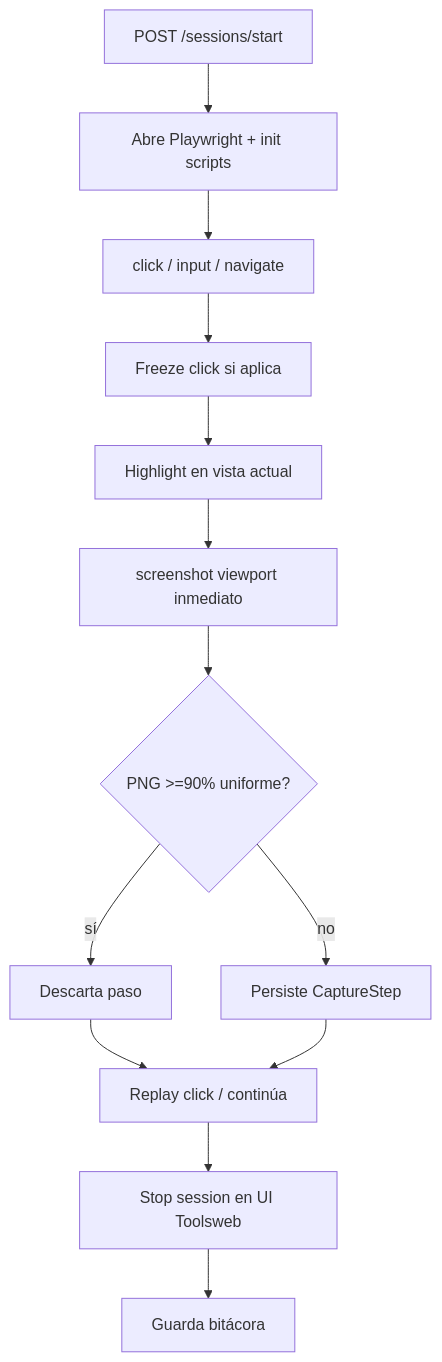
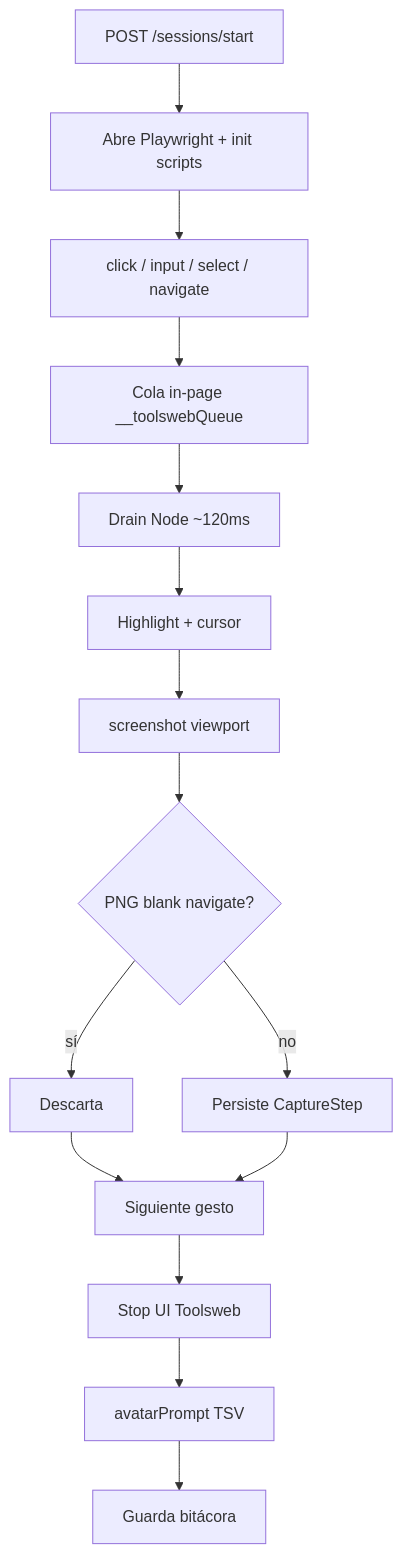
One commit to lgallardoc/ToolsWeb changed the first of 2 diagrams in ARCHITECTURE.md. Above: the diagram before and after it, drawn with Mermaid. The commit also changed other lines of this file and 21 other files, not shown here.

First line of the commit message:
Add Synthesia script flow, video prompt, and project docs sync.

````diff
--- a/ARCHITECTURE.md
+++ b/ARCHITECTURE.md
@@ -45,15 +53,17 @@
 ```mermaid
 flowchart TD
   start[POST /sessions/start] --> open[Abre Playwright + init scripts]
-  open --> event[click / input / navigate]
-  event --> freeze[Freeze click si aplica]
-  freeze --> paint[Highlight en vista actual]
-  paint --> shot[screenshot viewport inmediato]
-  shot --> blank{PNG >=90% uniforme?}
-  blank -->|sí| skip[Descarta paso]
+  open --> event[click / input / select / navigate]
+  event --> queue[Cola in-page __toolswebQueue]
+  queue --> drain[Drain Node ~120ms]
+  drain --> paint[Highlight + cursor]
+  paint --> shot[screenshot viewport]
+  shot --> blank{PNG blank navigate?}
+  blank -->|sí| skip[Descarta]
   blank -->|no| save[Persiste CaptureStep]
-  skip --> replay[Replay click / continúa]
-  save --> replay
-  replay --> stop[Stop session en UI Toolsweb]
-  stop --> log[Guarda bitácora]
+  skip --> next[Siguiente gesto]
+  save --> next
+  next --> stop[Stop UI Toolsweb]
+  stop --> prompt[avatarPrompt TSV]
+  prompt --> log[Guarda bitácora]
 ```
````
